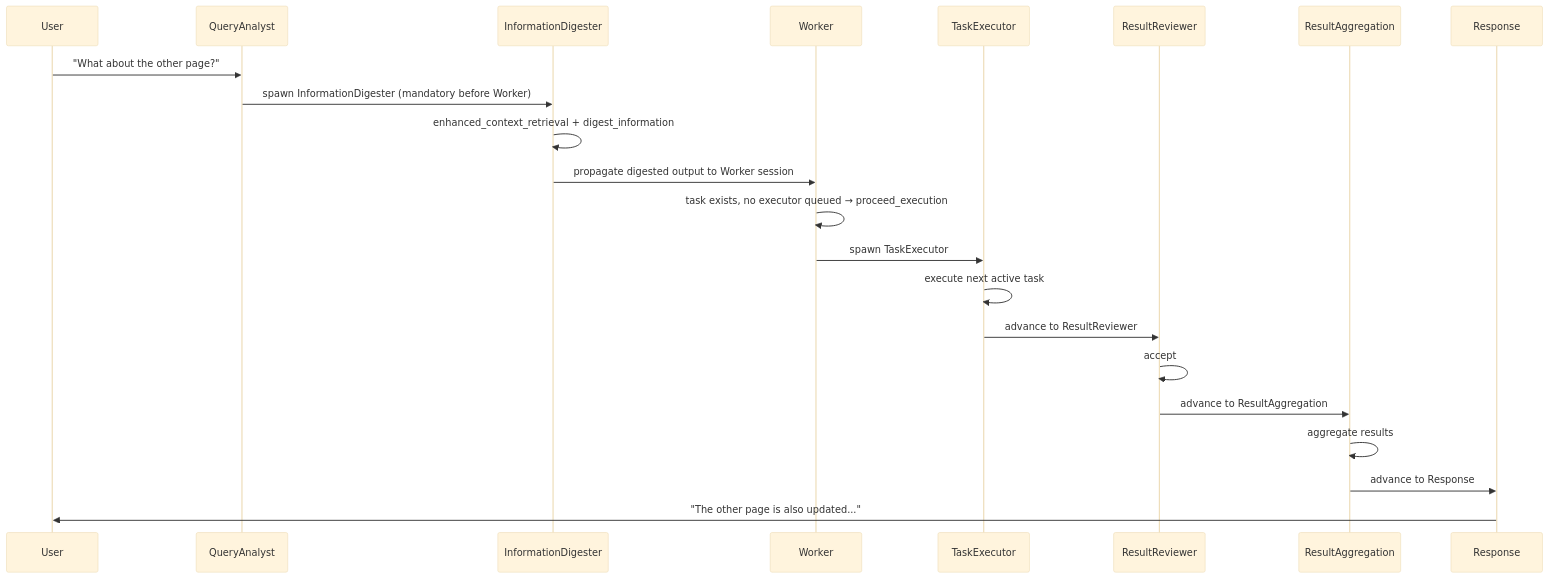
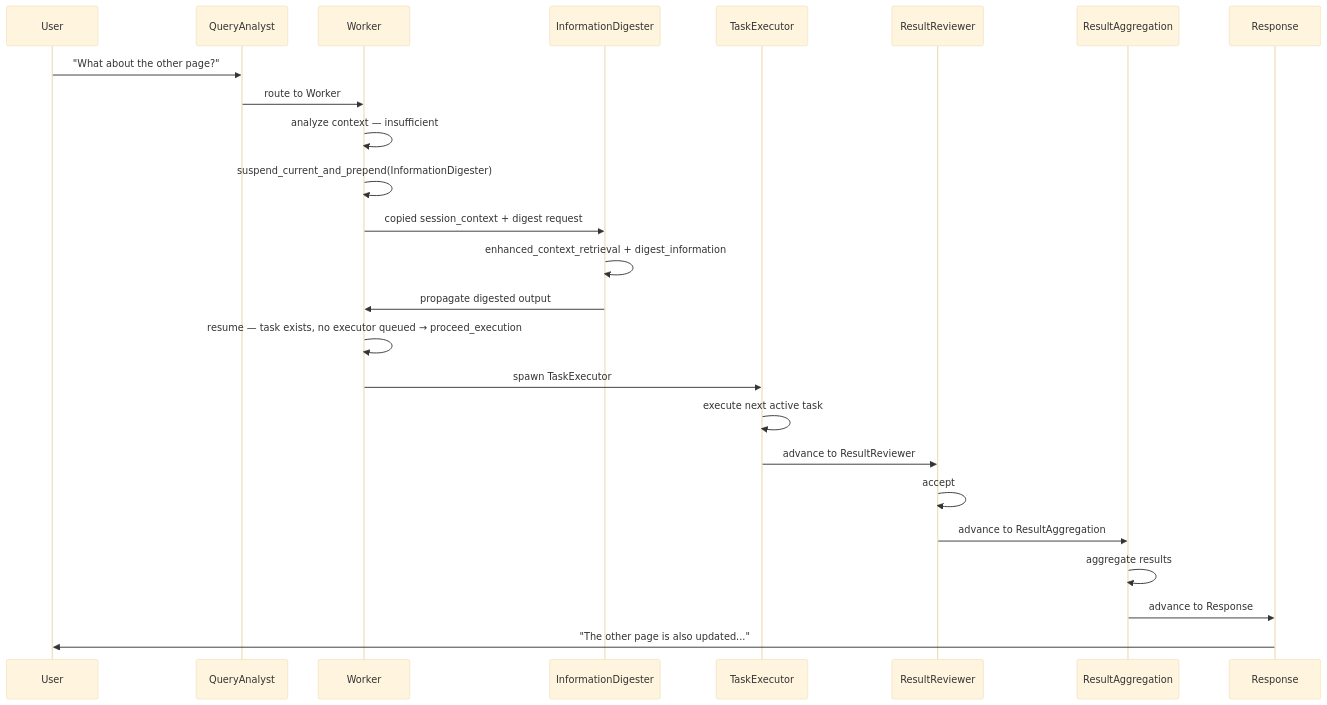
Before and after one commit to VJyzCELERY/TINYCUA: the second of 17 diagrams in src/tinycua/docs/design/loops/expected_scenarios.md, drawn with Mermaid (base theme). The commit also changed other lines of this file and 5 other files, not shown here.

First line of the commit message:
fix(design): WorkerNode suspends itself for InformationDigester (not QueryAnalyst)

````diff
--- a/src/tinycua/docs/design/loops/expected_scenarios.md
+++ b/src/tinycua/docs/design/loops/expected_scenarios.md
@@ -68,25 +71,28 @@
 ```mermaid
 sequenceDiagram
     participant User
     participant QA as QueryAnalyst
+    participant W as Worker
     participant ID as InformationDigester
-    participant W as Worker
     participant TE as TaskExecutor
     participant RR as ResultReviewer
     participant RAgg as ResultAggregation
     participant R as Response
 
     User->>QA: "What about the other page?"
-    QA->>ID: spawn InformationDigester (mandatory before Worker)
+    QA->>W: route to Worker
+    W->>W: analyze context — insufficient
+    W->>W: suspend_current_and_prepend(InformationDigester)
+    W->>ID: copied session_context + digest request
     ID->>ID: enhanced_context_retrieval + digest_information
-    ID->>W: propagate digested output to Worker session
-    W->>W: task exists, no executor queued → proceed_execution
+    ID->>W: propagate digested output
+    W->>W: resume — task exists, no executor queued → proceed_execution
     W->>TE: spawn TaskExecutor
     TE->>TE: execute next active task
     TE->>RR: advance to ResultReviewer
     RR->>RR: accept
     RR->>RAgg: advance to ResultAggregation
     RAgg->>RAgg: aggregate results
     RAgg->>R: advance to Response
     R->>User: "The other page is also updated..."
 ```
````
